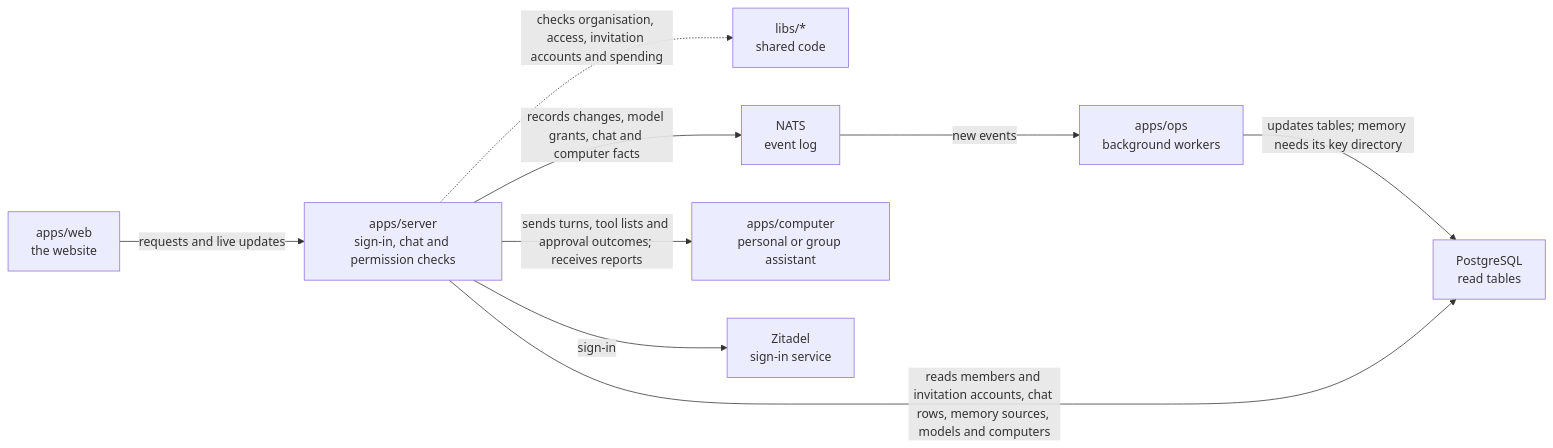
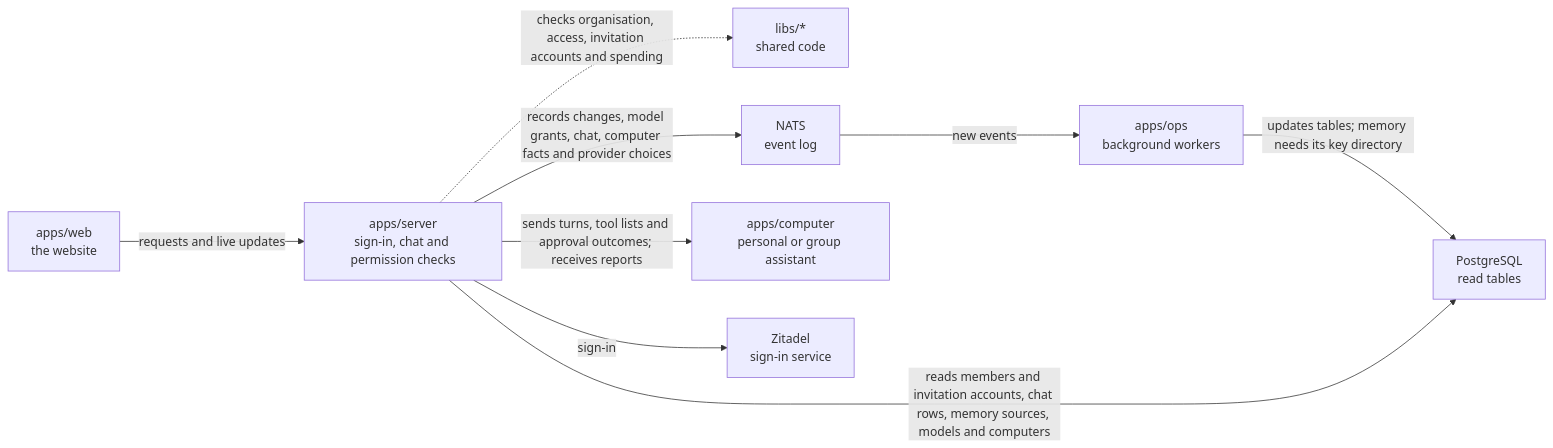
The diagram in apps/server/README.md (elewa-git/opencrane-new), drawn with Mermaid before and after one commit. The commit also changed other lines of this file and 24 other files, not shown here.

Commit message:
🔗 Record provider choices and pauses with safe recovery

````diff
--- a/apps/server/README.md
+++ b/apps/server/README.md
@@ -11,11 +11,11 @@
 ```mermaid
 flowchart LR
   web["apps/web<br/>the website"] -->|requests and live updates| server["apps/server<br/>sign-in, chat and permission checks"]
   server -.->|checks organisation, access, invitation accounts and spending| libs["libs/*<br/>shared code"]
-  server -->|records changes, model grants, chat and computer facts| nats["NATS<br/>event log"]
+  server -->|records changes, model grants, chat, computer facts and provider choices| nats["NATS<br/>event log"]
   nats -->|new events| ops["apps/ops<br/>background workers"]
   ops -->|updates tables; memory needs its key directory| postgres["PostgreSQL<br/>read tables"]
   server -->|reads members and invitation accounts, chat rows, memory sources, models and computers| postgres
   server -->|sends turns, tool lists and approval outcomes; receives reports| computer["apps/computer<br/>personal or group assistant"]
   server -->|sign-in| zitadel["Zitadel<br/>sign-in service"]
 ```
````
